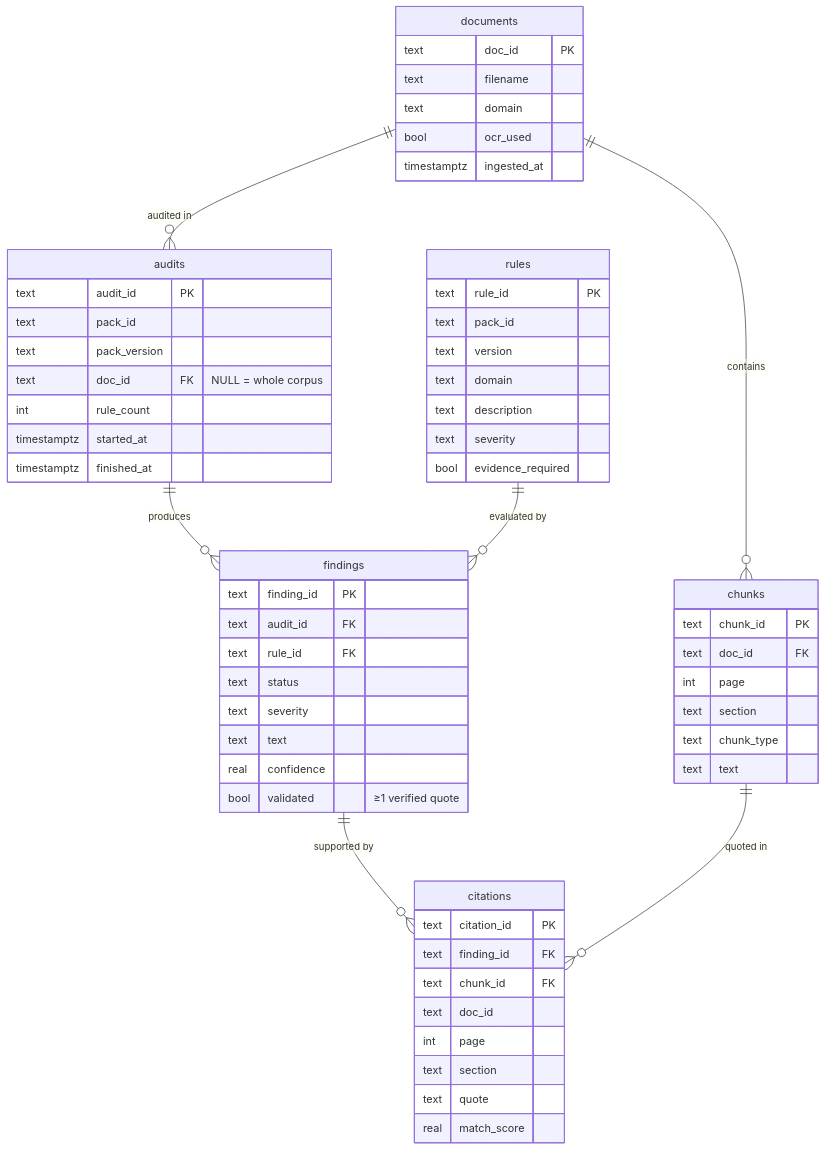
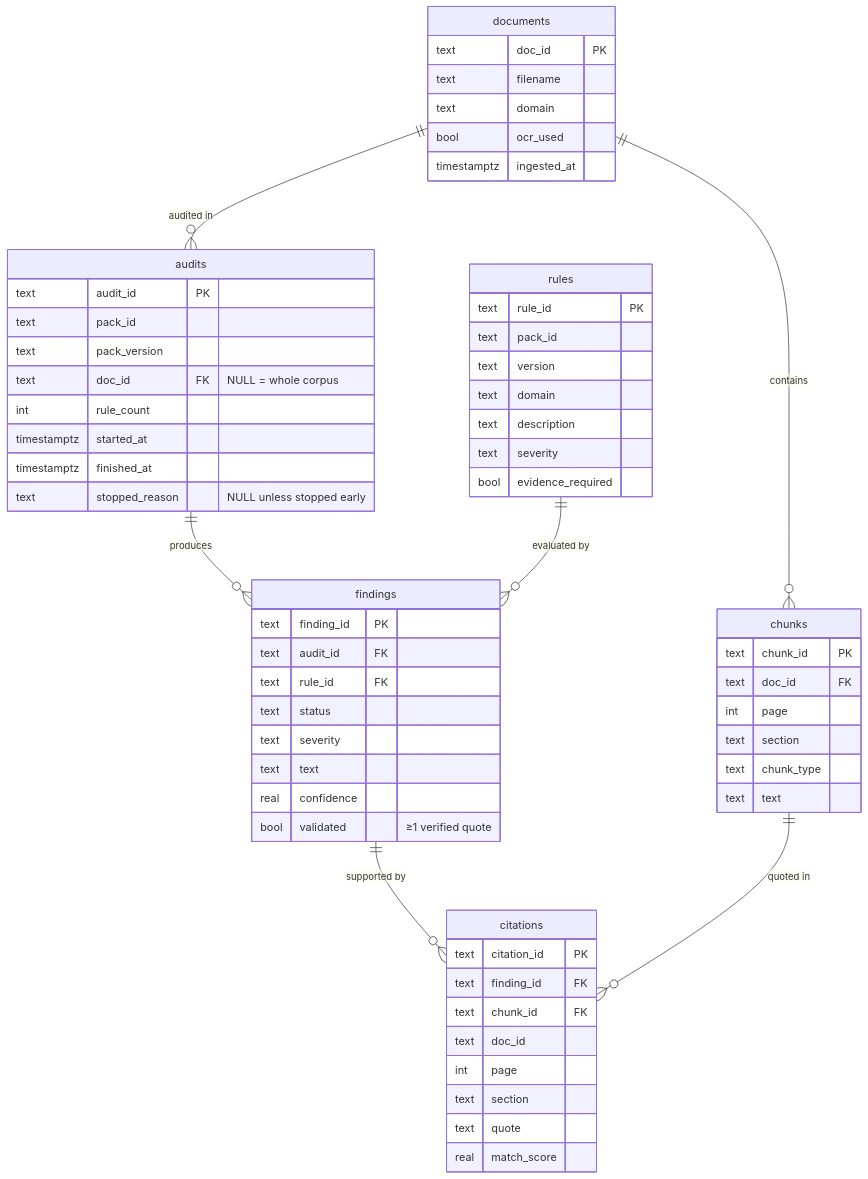
The sixth of 6 diagrams in docs/ARCHITECTURE.md (harlyon/Rag-Compliance-Audit), drawn with Mermaid before and after one commit. The commit also changed other lines of this file and 6 other files, not shown here.

````diff
--- a/docs/ARCHITECTURE.md
+++ b/docs/ARCHITECTURE.md
@@ -291,63 +295,64 @@
 ```mermaid
 erDiagram
     documents ||--o{ chunks : contains
     documents ||--o{ audits : "audited in"
     audits ||--o{ findings : produces
     rules ||--o{ findings : "evaluated by"
     findings ||--o{ citations : "supported by"
     chunks ||--o{ citations : "quoted in"
 
     documents {
         text doc_id PK
         text filename
         text domain
         bool ocr_used
         timestamptz ingested_at
     }
     chunks {
         text chunk_id PK
         text doc_id FK
         int page
         text section
         text chunk_type
         text text
     }
     rules {
         text rule_id PK
         text pack_id
         text version
         text domain
         text description
         text severity
         bool evidence_required
     }
     audits {
         text audit_id PK
         text pack_id
         text pack_version
         text doc_id FK "NULL = whole corpus"
         int rule_count
         timestamptz started_at
         timestamptz finished_at
+        text stopped_reason "NULL unless stopped early"
     }
     findings {
         text finding_id PK
         text audit_id FK
         text rule_id FK
         text status
         text severity
         text text
         real confidence
         bool validated "≥1 verified quote"
     }
     citations {
         text citation_id PK
         text finding_id FK
         text chunk_id FK
         text doc_id
         int page
         text section
         text quote
         real match_score
     }
 ```
````
